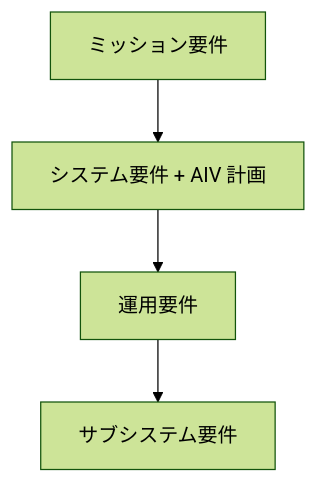
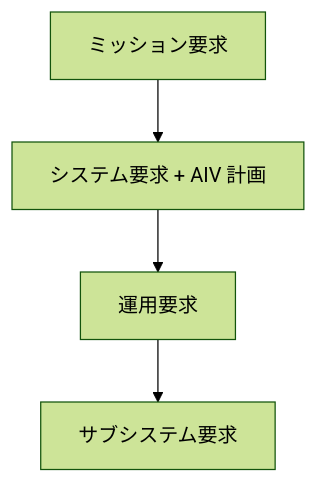
Before and after one commit to hirototamura/one-piece: the fourth of 6 diagrams in docs/INFORMATION_ARCHITECTURE.md, drawn with Mermaid (forest theme). The commit also changed other lines of this file and 7 other files, not shown here.

````diff
--- a/docs/INFORMATION_ARCHITECTURE.md
+++ b/docs/INFORMATION_ARCHITECTURE.md
@@ -219,11 +219,11 @@
 ```mermaid
 flowchart TD
-  MR[ミッション要件]
-  SR[システム要件 + AIV 計画]
-  OR[運用要件]
-  SubR[サブシステム要件]
+  MR[ミッション要求]
+  SR[システム要求 + AIV 計画]
+  OR[運用要求]
+  SubR[サブシステム要求]
 
   MR --> SR
   SR --> OR
   OR --> SubR
 ```
````
